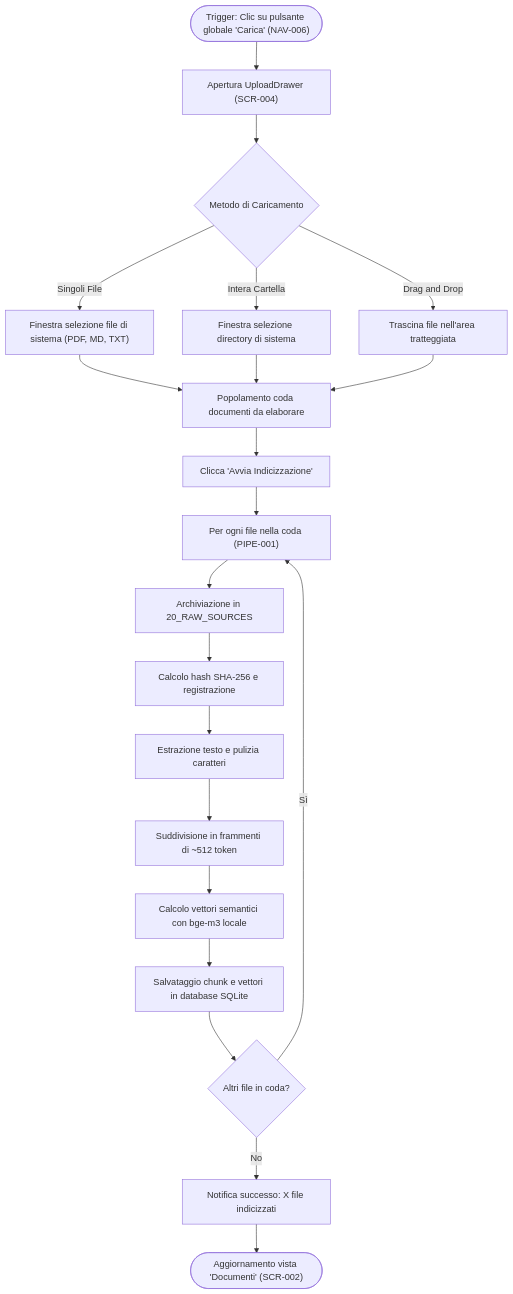
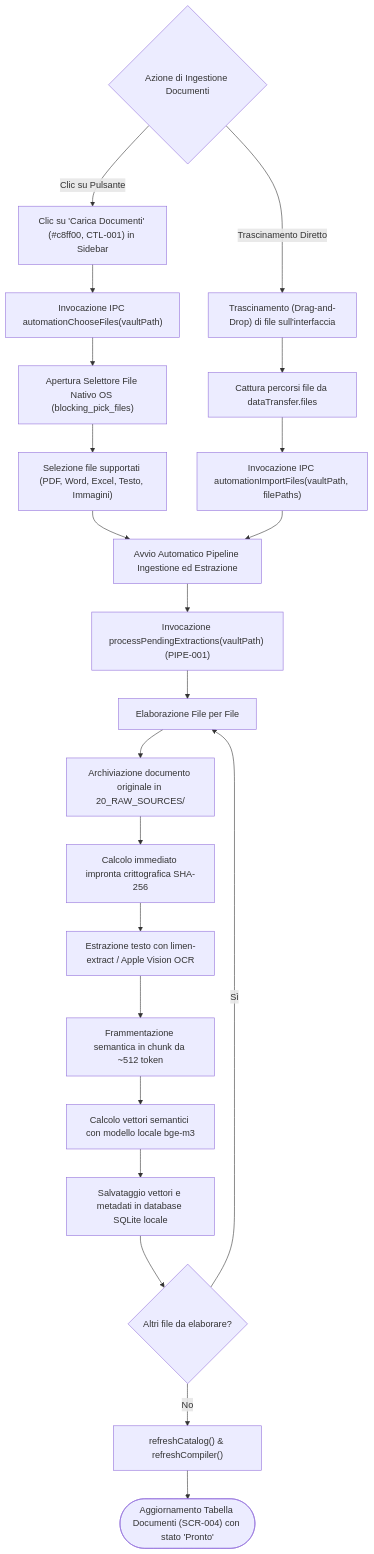
One commit to Arkai-Italia/Limen-vault changed the sixth of 18 diagrams in DOCUMENTATION_SOURCE_PACKAGE/10_EXPORT/ALL_MERMAID_SOURCES.md. Above: the diagram before and after it, drawn with Mermaid. The commit also changed other lines of this file and 25 other files, not shown here.

````diff
--- a/DOCUMENTATION_SOURCE_PACKAGE/10_EXPORT/ALL_MERMAID_SOURCES.md
+++ b/DOCUMENTATION_SOURCE_PACKAGE/10_EXPORT/ALL_MERMAID_SOURCES.md
@@ -259,28 +258,31 @@
 ```mermaid
 graph TD
-    Trigger(["Trigger: Clic su pulsante globale 'Carica' (NAV-006)"]) --> OpenDrawer["Apertura UploadDrawer (SCR-004)"]
-    OpenDrawer --> ChooseMethod{"Metodo di Caricamento"}
-    
-    ChooseMethod -->|Singoli File| PickFiles["Finestra selezione file di sistema (PDF, MD, TXT)"]
-    ChooseMethod -->|Intera Cartella| PickFolder["Finestra selezione directory di sistema"]
-    ChooseMethod -->|Drag and Drop| DropArea["Trascina file nell'area tratteggiata"]
+    TriggerChoice{"Azione di Ingestione Documenti"}
+    TriggerChoice -->|Clic su Pulsante| ClickBtn["Clic su 'Carica Documenti' (#c8ff00, CTL-001) in Sidebar"]
+    TriggerChoice -->|Trascinamento Diretto| DragDrop["Trascinamento (Drag-and-Drop) di file sull'interfaccia"]
 
-    PickFiles --> StagingList["Popolamento coda documenti da elaborare"]
-    PickFolder --> StagingList
-    DropArea --> StagingList
+    ClickBtn --> CallChoose["Invocazione IPC automationChooseFiles(vaultPath)"]
+    CallChoose --> NativePicker["Apertura Selettore File Nativo OS (blocking_pick_files)"]
+    NativePicker --> SelectFiles["Selezione file supportati (PDF, Word, Excel, Testo, Immagini)"]
 
-    StagingList --> StartIngest["Clicca 'Avvia Indicizzazione'"]
-    StartIngest --> LoopFile["Per ogni file nella coda (PIPE-001)"]
-    
-    LoopFile --> CopyRaw["Archiviazione in 20_RAW_SOURCES"]
-    CopyRaw --> HashCalc["Calcolo hash SHA-256 e registrazione"]
-    HashCalc --> ExtractText["Estrazione testo e pulizia caratteri"]
-    ExtractText --> ChunkSplit["Suddivisione in frammenti di ~512 token"]
-    ChunkSplit --> EmbedModel["Calcolo vettori semantici con bge-m3 locale"]
-    EmbedModel --> SaveDB["Salvataggio chunk e vettori in database SQLite"]
+    DragDrop --> ExtractPaths["Cattura percorsi file da dataTransfer.files"]
+    ExtractPaths --> CallImport["Invocazione IPC automationImportFiles(vaultPath, filePaths)"]
 
-    SaveDB --> NextFile{"Altri file in coda?"}
+    SelectFiles --> StartPipeline["Avvio Automatico Pipeline Ingestione ed Estrazione"]
+    CallImport --> StartPipeline
+
+    StartPipeline --> ExecExtraction["Invocazione processPendingExtractions(vaultPath) (PIPE-001)"]
+    ExecExtraction --> LoopFile["Elaborazione File per File"]
+
+    LoopFile --> CopyRaw["Archiviazione documento originale in 20_RAW_SOURCES/"]
+    CopyRaw --> HashCalc["Calcolo immediato impronta crittografica SHA-256"]
+    HashCalc --> ExtractText["Estrazione testo con limen-extract / Apple Vision OCR"]
+    ExtractText --> ChunkSplit["Frammentazione semantica in chunk da ~512 token"]
+    ChunkSplit --> EmbedModel["Calcolo vettori semantici con modello locale bge-m3"]
+    EmbedModel --> SaveDB["Salvataggio vettori e metadati in database SQLite locale"]
+
+    SaveDB --> NextFile{"Altri file da elaborare?"}
     NextFile -->|Sì| LoopFile
-    NextFile -->|No| CompleteNotification["Notifica successo: X file indicizzati"]
-    CompleteNotification --> RefreshDocList(["Aggiornamento vista 'Documenti' (SCR-002)"])
+    NextFile -->|No| RefreshState["refreshCatalog() & refreshCompiler()"]
+    RefreshState --> UpdateUI(["Aggiornamento Tabella Documenti (SCR-004) con stato 'Pronto'"])
 ```
````
